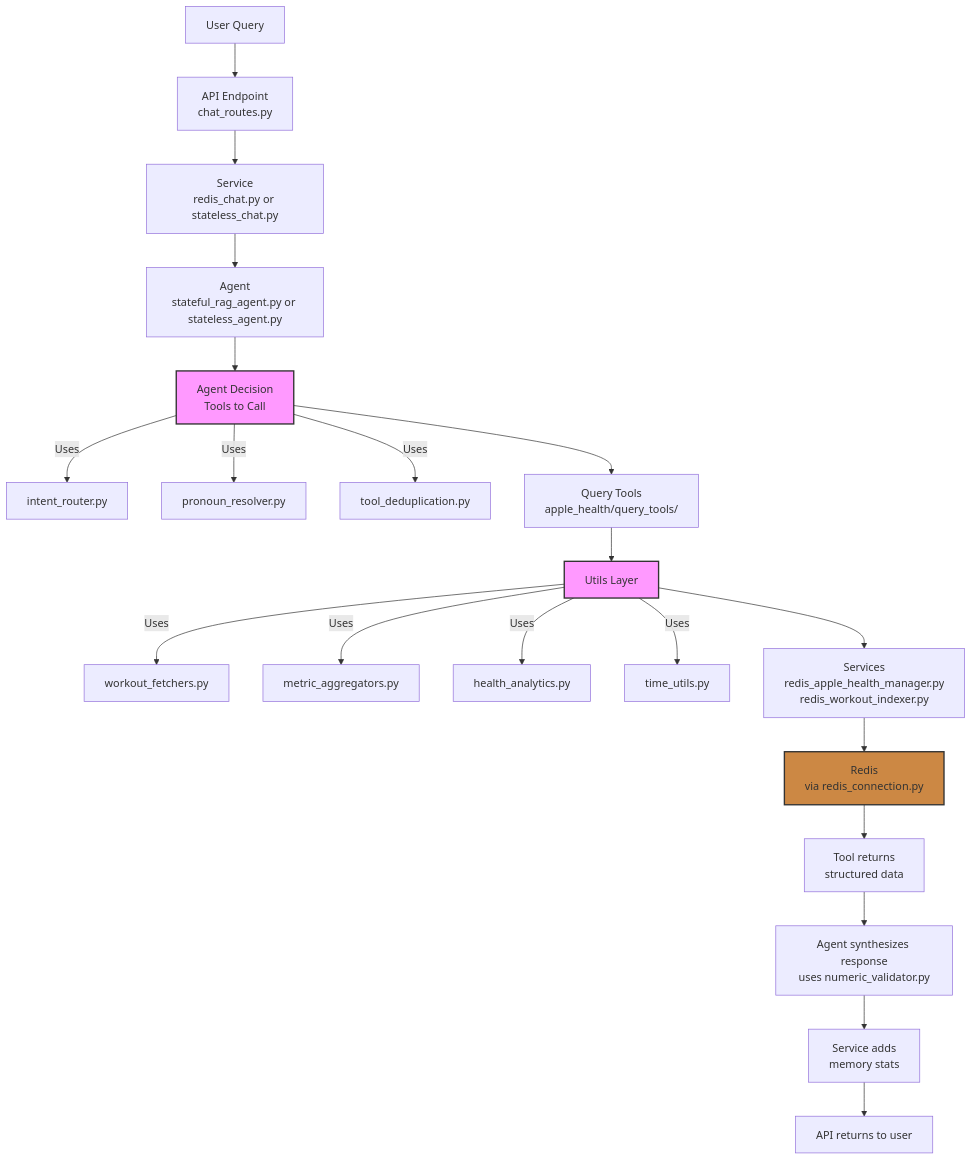
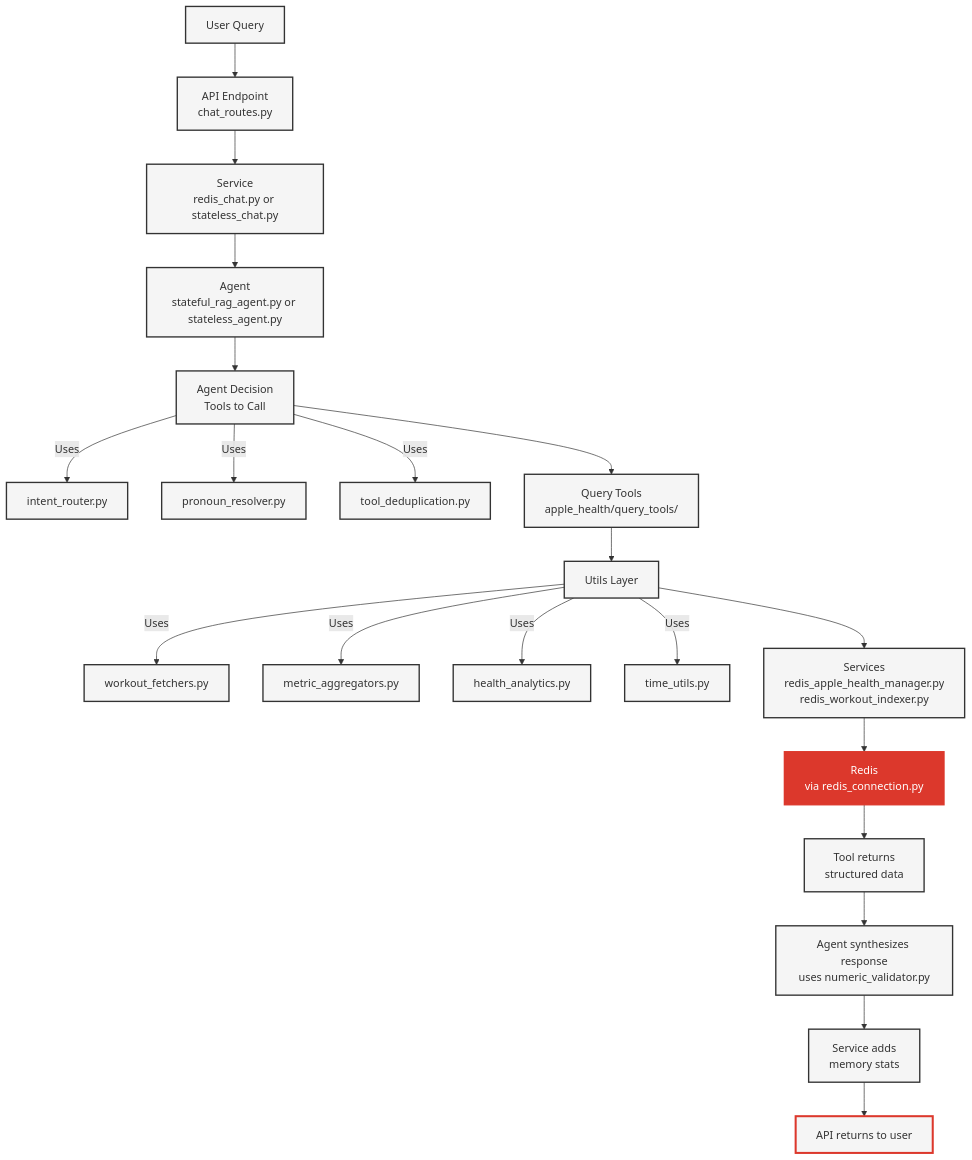
One commit to AllieRays/redis-wellness changed the first of 3 diagrams in docs/13_TOOLS_SERVICES_UTILS_REFERENCE.md. Above: the diagram before and after it, drawn with Mermaid. The commit also changed other lines of this file and 2 other files, not shown here.

````diff
--- a/docs/13_TOOLS_SERVICES_UTILS_REFERENCE.md
+++ b/docs/13_TOOLS_SERVICES_UTILS_REFERENCE.md
@@ -154,30 +154,47 @@
 ```mermaid
 flowchart TD
     A[User Query] --> B[API Endpoint<br/>chat_routes.py]
     B --> C[Service<br/>redis_chat.py or stateless_chat.py]
     C --> D[Agent<br/>stateful_rag_agent.py or stateless_agent.py]
     D --> E[Agent Decision<br/>Tools to Call]
 
     E --> |Uses| F[intent_router.py]
     E --> |Uses| G[pronoun_resolver.py]
     E --> |Uses| H[tool_deduplication.py]
 
     E --> I[Query Tools<br/>apple_health/query_tools/]
 
     I --> J[Utils Layer]
     J --> |Uses| K[workout_fetchers.py]
     J --> |Uses| L[metric_aggregators.py]
     J --> |Uses| M[health_analytics.py]
     J --> |Uses| N[time_utils.py]
 
     J --> O[Services<br/>redis_apple_health_manager.py<br/>redis_workout_indexer.py]
     O --> P[Redis<br/>via redis_connection.py]
     P --> Q[Tool returns<br/>structured data]
     Q --> R[Agent synthesizes response<br/>uses numeric_validator.py]
     R --> S[Service adds<br/>memory stats]
     S --> T[API returns to user]
 
-    style E fill:#f9f,stroke:#333,stroke-width:2px
-    style J fill:#f9f,stroke:#333,stroke-width:2px
-    style P fill:#c84,stroke:#333,stroke-width:2px
+    style A fill:#f5f5f5,stroke:#333,stroke-width:2px
+    style B fill:#f5f5f5,stroke:#333,stroke-width:2px
+    style C fill:#f5f5f5,stroke:#333,stroke-width:2px
+    style D fill:#f5f5f5,stroke:#333,stroke-width:2px
+    style E fill:#f5f5f5,stroke:#333,stroke-width:2px
+    style F fill:#f5f5f5,stroke:#333,stroke-width:2px
+    style G fill:#f5f5f5,stroke:#333,stroke-width:2px
+    style H fill:#f5f5f5,stroke:#333,stroke-width:2px
+    style I fill:#f5f5f5,stroke:#333,stroke-width:2px
+    style J fill:#f5f5f5,stroke:#333,stroke-width:2px
+    style K fill:#f5f5f5,stroke:#333,stroke-width:2px
+    style L fill:#f5f5f5,stroke:#333,stroke-width:2px
+    style M fill:#f5f5f5,stroke:#333,stroke-width:2px
+    style N fill:#f5f5f5,stroke:#333,stroke-width:2px
+    style O fill:#f5f5f5,stroke:#333,stroke-width:2px
+    style P fill:#DC382C,stroke:#DC382C,stroke-width:2px,color:#fff
+    style Q fill:#f5f5f5,stroke:#333,stroke-width:2px
+    style R fill:#f5f5f5,stroke:#333,stroke-width:2px
+    style S fill:#f5f5f5,stroke:#333,stroke-width:2px
+    style T fill:#f5f5f5,stroke:#DC382C,stroke-width:3px
 ```
````
